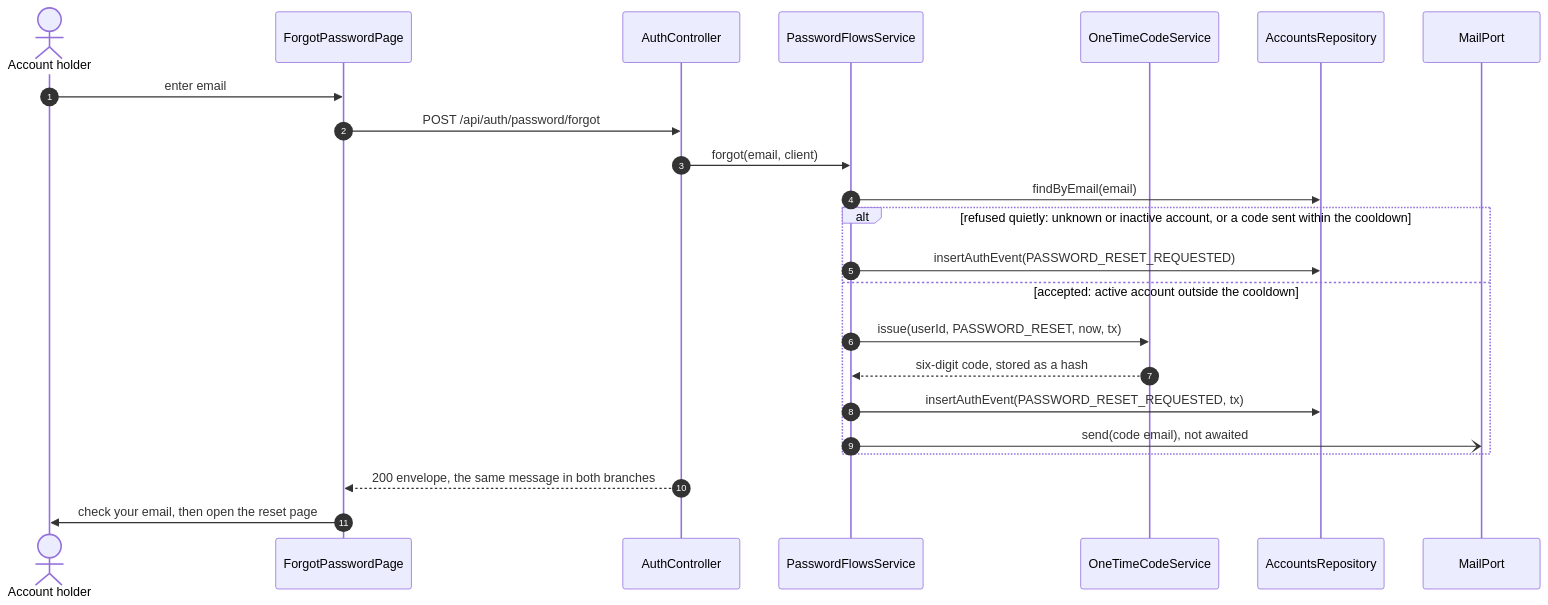
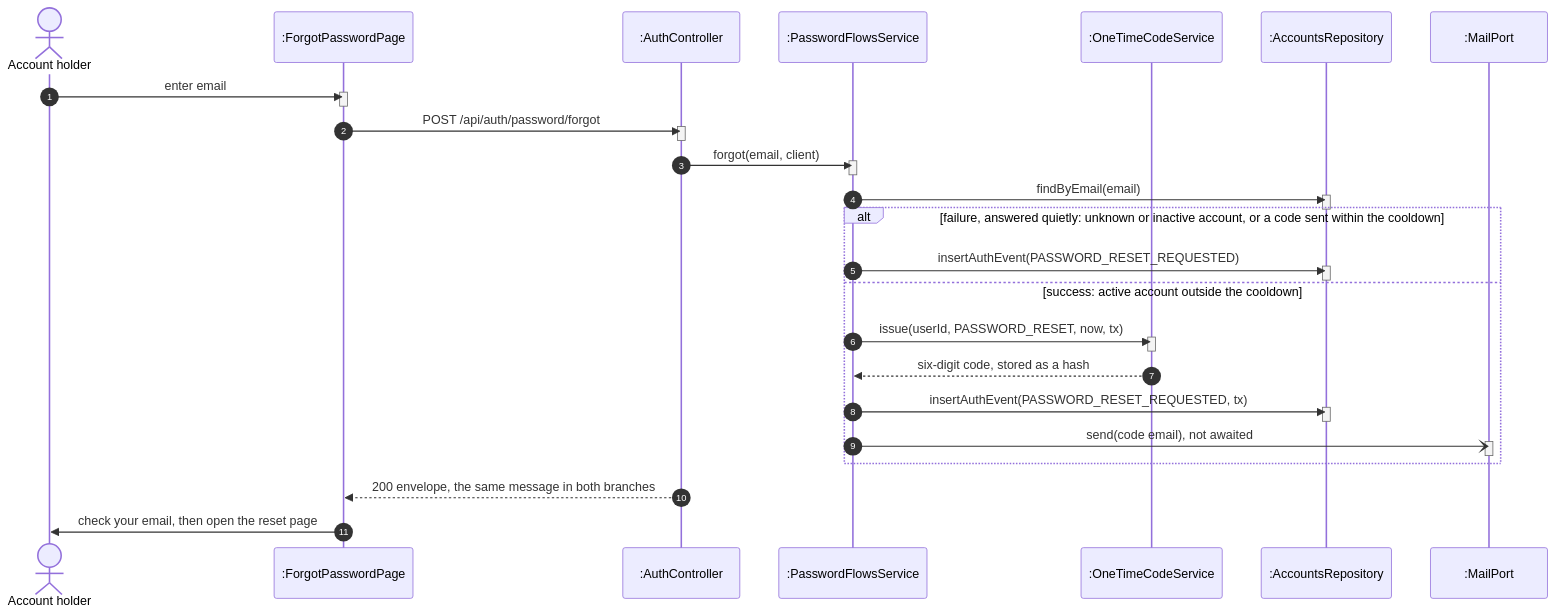
The ninth of 12 diagrams in specs/auth/design.md (TrekLink-Team/treklink-web), drawn with Mermaid before and after one commit. The commit also changed other lines of this file and 2 other files, not shown here.

First line of the commit message:
docs: one alt per sequence, code-true guards and per-use-case class panels (review of #113)

````diff
--- a/specs/auth/design.md
+++ b/specs/auth/design.md
@@ -337,25 +436,41 @@
 ```mermaid
 sequenceDiagram
     autonumber
     actor U as Account holder
-    participant P as ForgotPasswordPage
-    participant C as AuthController
-    participant F as PasswordFlowsService
-    participant O as OneTimeCodeService
-    participant R as AccountsRepository
-    participant M as MailPort
+    participant P as :ForgotPasswordPage
+    participant C as :AuthController
+    participant F as :PasswordFlowsService
+    participant O as :OneTimeCodeService
+    participant R as :AccountsRepository
+    participant M as :MailPort
     U->>P: enter email
+    activate P
+    deactivate P
     P->>C: POST /api/auth/password/forgot
+    activate C
+    deactivate C
     C->>F: forgot(email, client)
+    activate F
+    deactivate F
     F->>R: findByEmail(email)
-    alt refused quietly: unknown or inactive account, or a code sent within the cooldown
+    activate R
+    deactivate R
+    alt failure, answered quietly: unknown or inactive account, or a code sent within the cooldown
         F->>R: insertAuthEvent(PASSWORD_RESET_REQUESTED)
-    else accepted: active account outside the cooldown
+        activate R
+        deactivate R
+    else success: active account outside the cooldown
         F->>O: issue(userId, PASSWORD_RESET, now, tx)
+        activate O
+        deactivate O
         O-->>F: six-digit code, stored as a hash
         F->>R: insertAuthEvent(PASSWORD_RESET_REQUESTED, tx)
+        activate R
+        deactivate R
         F-)M: send(code email), not awaited
+        activate M
+        deactivate M
     end
     C-->>P: 200 envelope, the same message in both branches
     P->>U: check your email, then open the reset page
 ```
````
